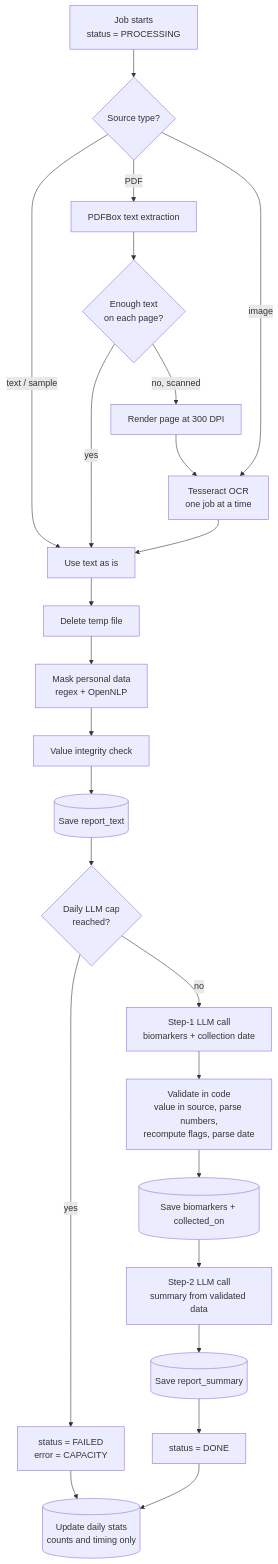
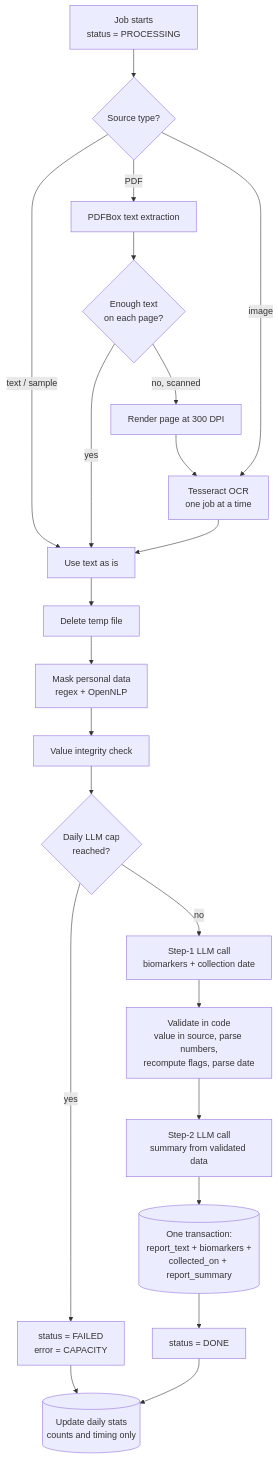
The tenth of 20 diagrams in docs/dataflow.md (SaqibCod/medi-scan), drawn with Mermaid before and after one commit. The commit also changed other lines of this file and 4 other files, not shown here.

````diff
--- a/docs/dataflow.md
+++ b/docs/dataflow.md
@@ -376,25 +376,23 @@
 ```mermaid
 flowchart TD
     S["Job starts<br/>status = PROCESSING"] --> T{"Source type?"}
     T -->|"text / sample"| RT["Use text as is"]
     T -->|"PDF"| PDF["PDFBox text extraction"]
     T -->|"image"| OCR["Tesseract OCR<br/>one job at a time"]
     PDF --> CHK{"Enough text<br/>on each page?"}
     CHK -->|"yes"| RT
     CHK -->|"no, scanned"| RENDER["Render page at 300 DPI"] --> OCR
     OCR --> RT
     RT --> DEL["Delete temp file"]
     DEL --> MASK["Mask personal data<br/>regex + OpenNLP"]
     MASK --> INT["Value integrity check"]
-    INT --> SAVE1[("Save report_text")]
-    SAVE1 --> CAP{"Daily LLM cap<br/>reached?"}
+    INT --> CAP{"Daily LLM cap<br/>reached?"}
     CAP -->|"yes"| FAIL["status = FAILED<br/>error = CAPACITY"]
     CAP -->|"no"| L1["Step-1 LLM call<br/>biomarkers + collection date"]
     L1 --> V["Validate in code<br/>value in source, parse numbers,<br/>recompute flags, parse date"]
-    V --> SAVE2[("Save biomarkers + collected_on")]
-    SAVE2 --> L2["Step-2 LLM call<br/>summary from validated data"]
-    L2 --> SAVE3[("Save report_summary")]
-    SAVE3 --> DONE["status = DONE"]
+    V --> L2["Step-2 LLM call<br/>summary from validated data"]
+    L2 --> SAVE[("One transaction:<br/>report_text + biomarkers +<br/>collected_on + report_summary")]
+    SAVE --> DONE["status = DONE"]
     DONE --> STATS[("Update daily stats<br/>counts and timing only")]
     FAIL --> STATS
 ```
````
